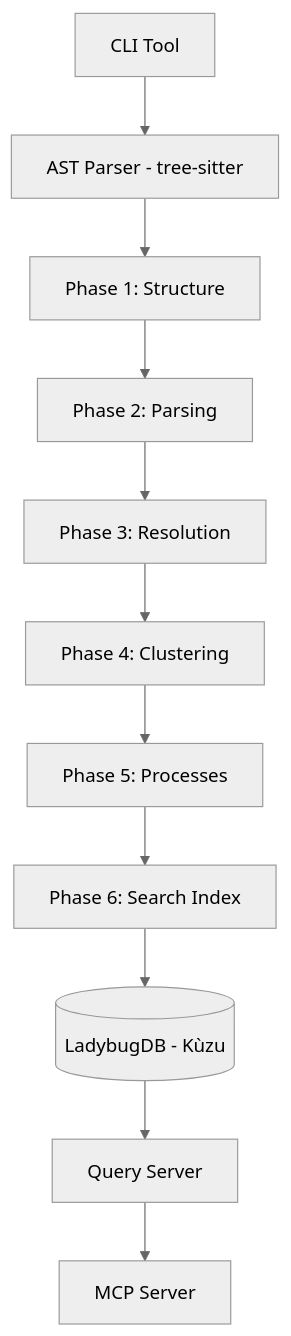
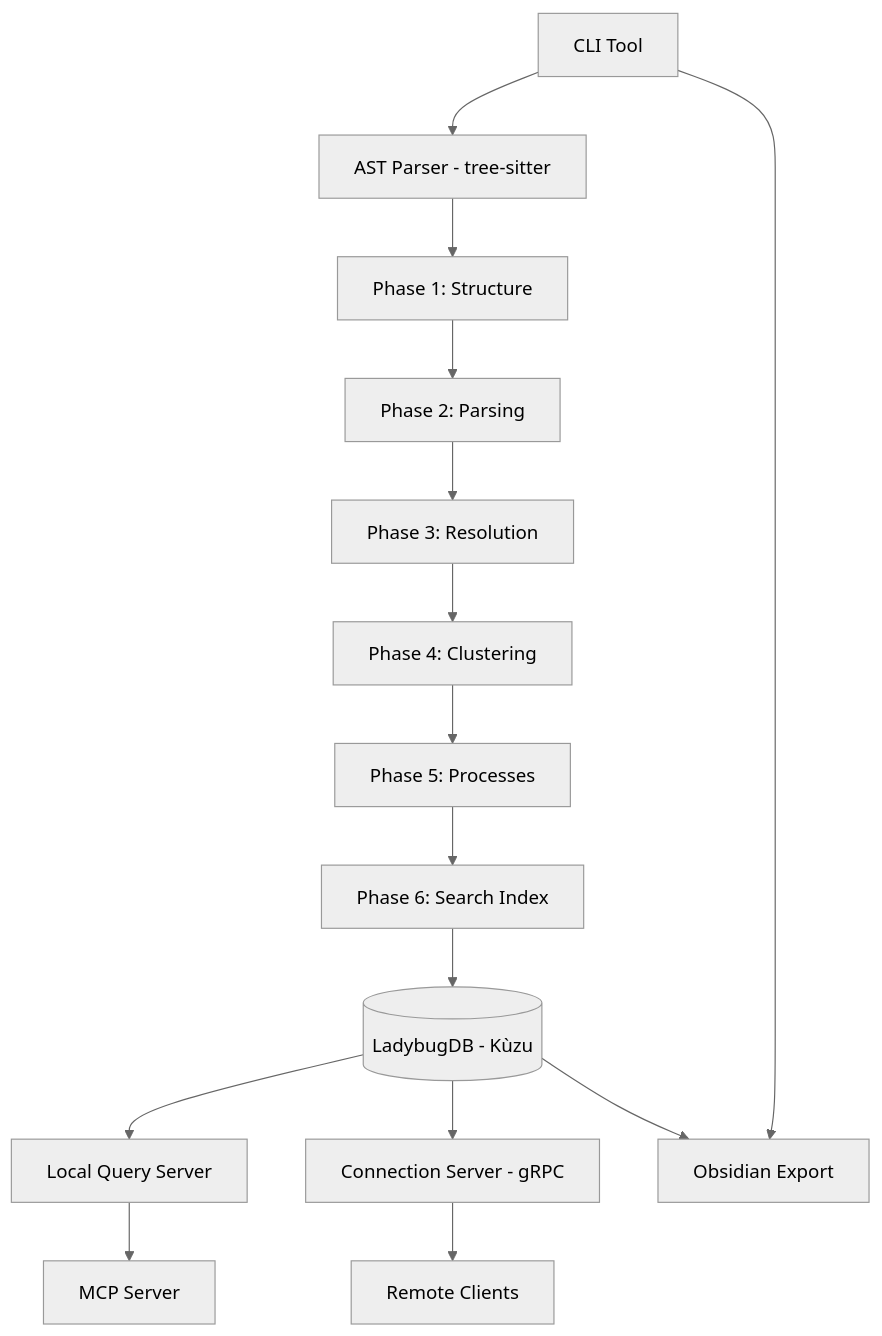
The diagram in README.md (stevehogo/typocop), drawn with Mermaid (neutral theme) before and after one commit. The commit also changed other lines of this file, not shown here.

First line of the commit message:
DOCS: ADD OBSIDIAN EXPORT AND REMOTE DB ACCESS DOCS

````diff
--- a/README.md
+++ b/README.md
@@ -18,16 +20,21 @@
 ```mermaid
 graph TD
     CLI[CLI Tool] --> Parser[AST Parser - tree-sitter]
     Parser --> Phase1[Phase 1: Structure]
     Phase1 --> Phase2[Phase 2: Parsing]
     Phase2 --> Phase3[Phase 3: Resolution]
     Phase3 --> Phase4[Phase 4: Clustering]
     Phase4 --> Phase5[Phase 5: Processes]
     Phase5 --> Phase6[Phase 6: Search Index]
 
     Phase6 --> LadybugDB[(LadybugDB - Kùzu)]
 
-    LadybugDB --> QueryServer[Query Server]
+    LadybugDB --> LocalQuery[Local Query Server]
+    LadybugDB --> ConnectionServer[Connection Server - gRPC]
 
-    QueryServer --> MCPServer[MCP Server]
+    LocalQuery --> MCPServer[MCP Server]
+    ConnectionServer --> RemoteClients[Remote Clients]
+    
+    CLI --> ObsidianExport[Obsidian Export]
+    LadybugDB --> ObsidianExport
 ```
````
